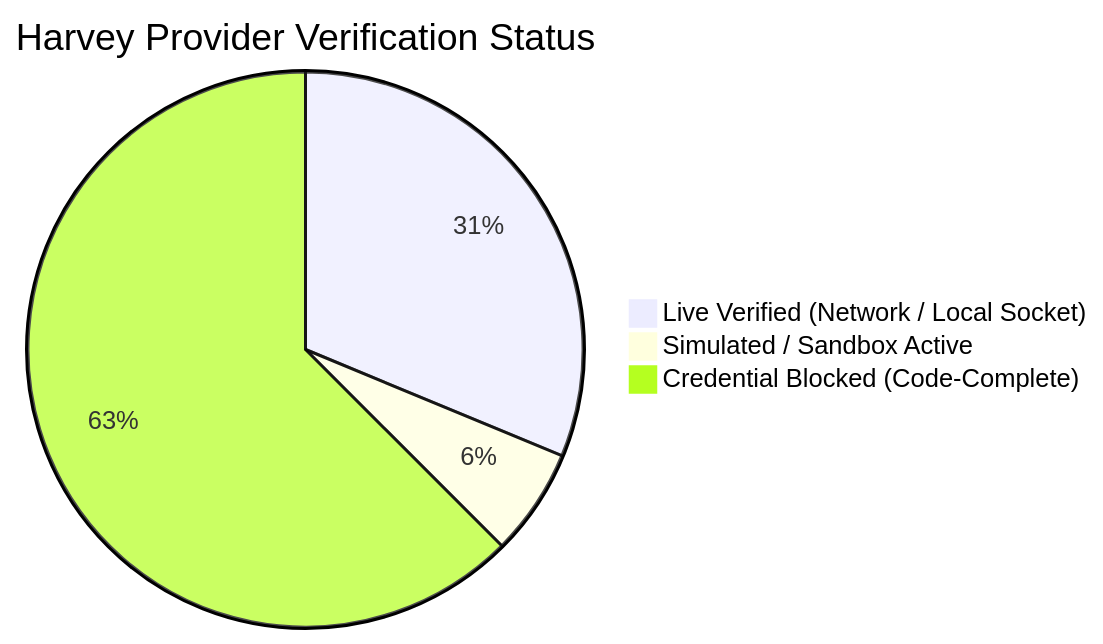
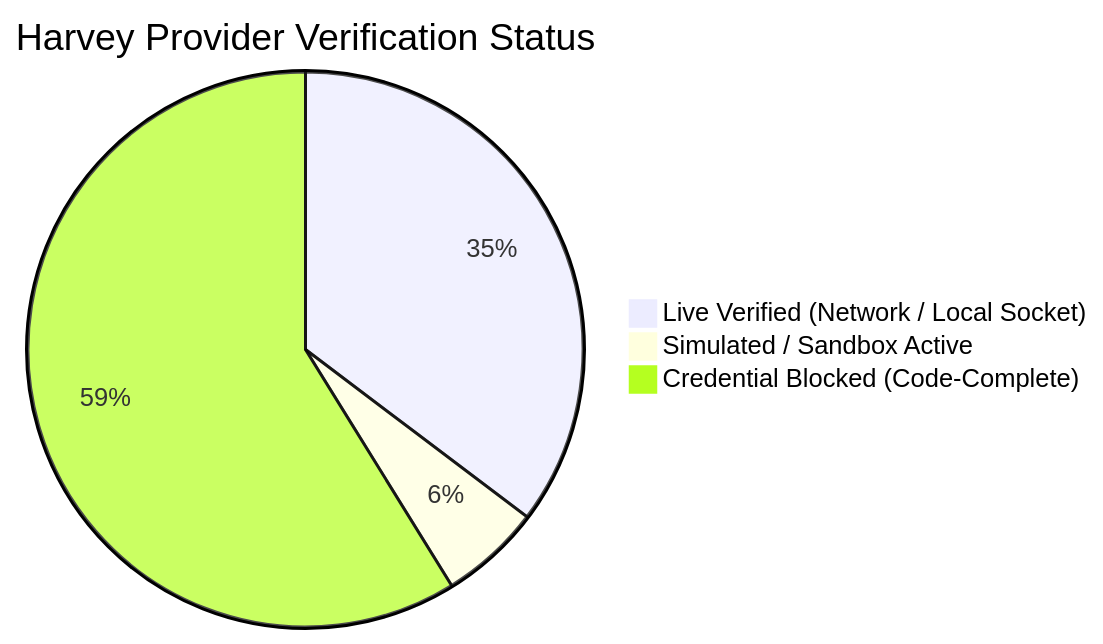
One commit to anuradha-aneklabs/AI_code changed the diagram in HARVEY_PROVIDER_VERIFICATION_REPORT.md. Above: the diagram before and after it, drawn with Mermaid. The commit also changed 6 other files, not shown here.

````diff
--- a/HARVEY_PROVIDER_VERIFICATION_REPORT.md
+++ b/HARVEY_PROVIDER_VERIFICATION_REPORT.md
@@ -17,6 +17,6 @@
 ```mermaid
 pie title Harvey Provider Verification Status
-    "Live Verified (Network / Local Socket)" : 5
+    "Live Verified (Network / Local Socket)" : 6
     "Simulated / Sandbox Active" : 1
     "Credential Blocked (Code-Complete)" : 10
 ```
````
